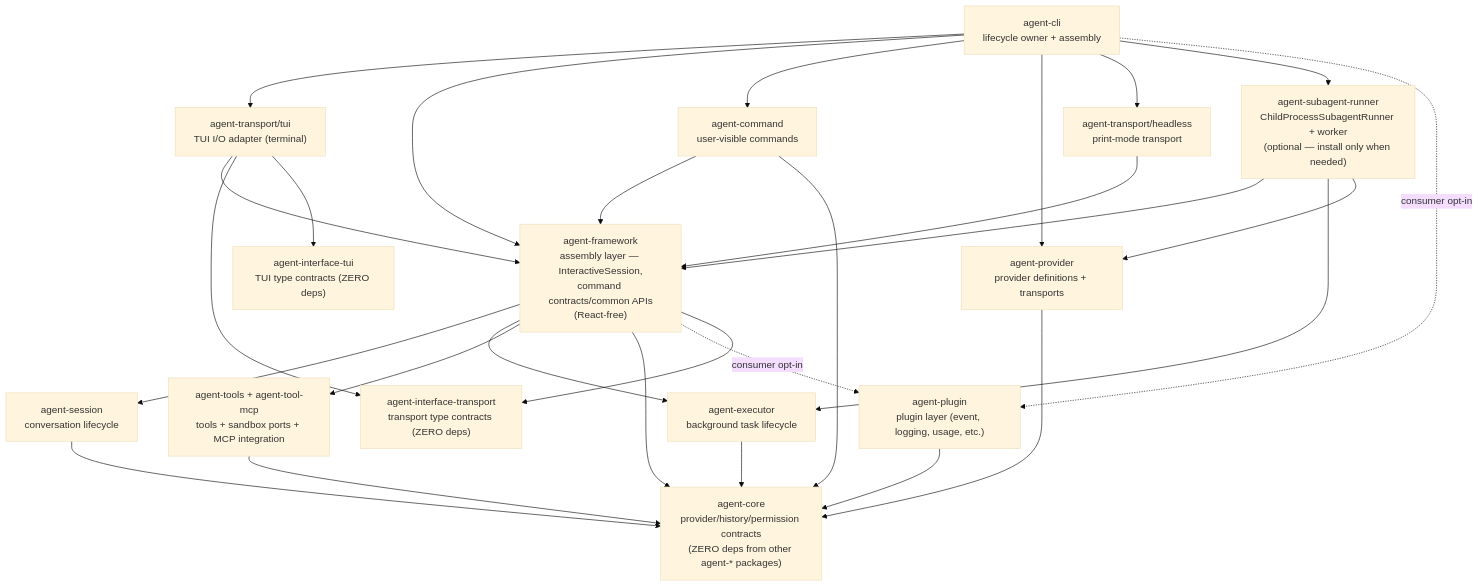
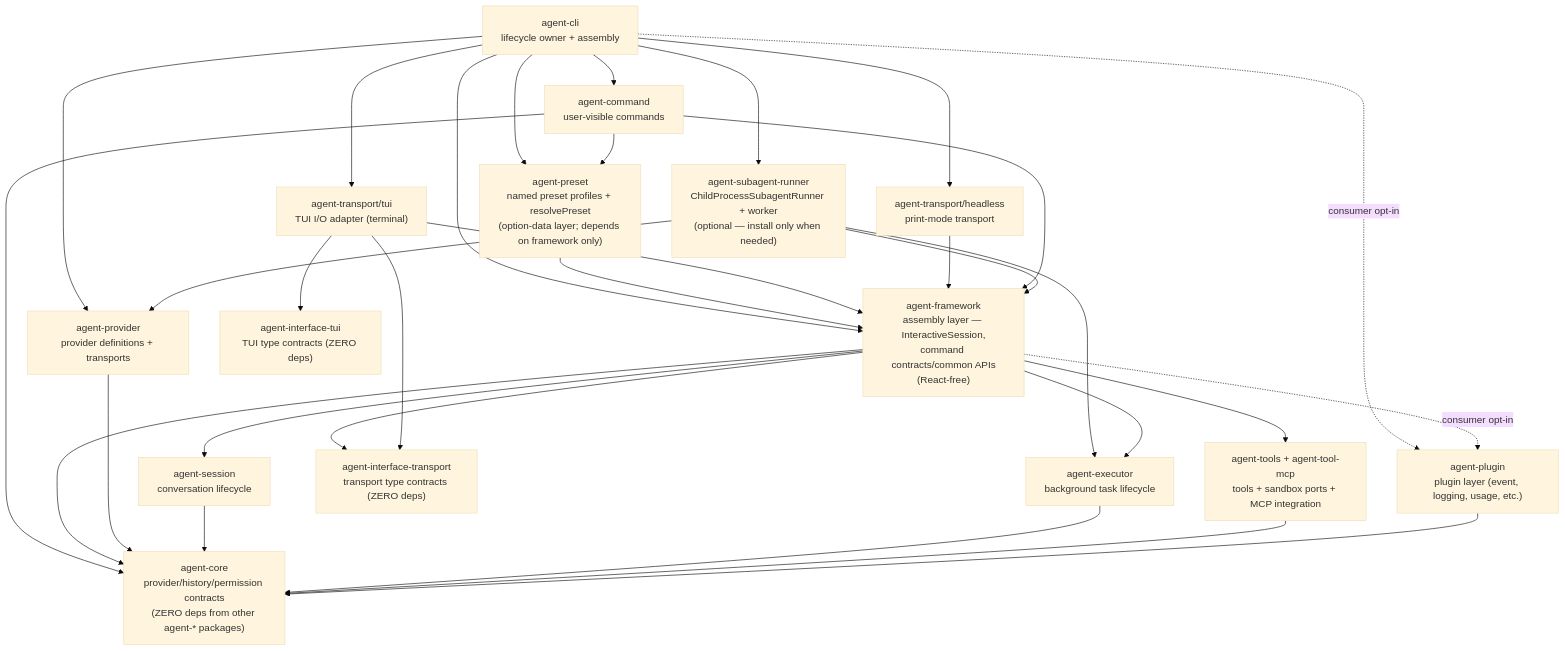
Before and after one commit to woojubb/robota: the first of 2 diagrams in .agents/specs/architecture-map/agent-system.md, drawn with Mermaid (base theme). The commit also changed other lines of this file and 28 other files, not shown here.

````diff
--- a/.agents/specs/architecture-map/agent-system.md
+++ b/.agents/specs/architecture-map/agent-system.md
@@ -9,45 +9,49 @@
 ```mermaid
 flowchart TD
   AgentCLI["agent-cli\nlifecycle owner + assembly"]
   TuiTransport["agent-transport/tui\nTUI I/O adapter (terminal)"]
   Headless["agent-transport/headless\nprint-mode transport"]
   Commands["agent-command\nuser-visible commands"]
   Framework["agent-framework\nassembly layer — InteractiveSession,\ncommand contracts/common APIs\n(React-free)"]
+  Preset["agent-preset\nnamed preset profiles + resolvePreset\n(option-data layer; depends on framework only)"]
   Sessions["agent-session\nconversation lifecycle"]
   Executor["agent-executor\nbackground task lifecycle"]
   Tools["agent-tools + agent-tool-mcp\ntools + sandbox ports + MCP integration"]
   Core["agent-core\nprovider/history/permission contracts\n(ZERO deps from other agent-* packages)"]
   Providers["agent-provider\nprovider definitions + transports"]
   SubagentRunner["agent-subagent-runner\nChildProcessSubagentRunner + worker\n(optional — install only when needed)"]
   Plugins["agent-plugin\nplugin layer (event, logging, usage, etc.)"]
   IfaceTransport["agent-interface-transport\ntransport type contracts (ZERO deps)"]
   IfaceTui["agent-interface-tui\nTUI type contracts (ZERO deps)"]
 
   AgentCLI --> TuiTransport
   AgentCLI --> Framework
   AgentCLI --> Commands
   AgentCLI --> Providers
   AgentCLI --> Headless
   AgentCLI --> SubagentRunner
+  AgentCLI --> Preset
+  Commands --> Preset
+  Preset --> Framework
   TuiTransport --> Framework
   AgentCLI -. "consumer opt-in" .-> Plugins
   Headless --> Framework
   Commands --> Framework
   Commands --> Core
   SubagentRunner --> Framework
   SubagentRunner --> Executor
   SubagentRunner --> Providers
   Framework --> Sessions
   Framework --> Executor
   Framework --> Tools
   Framework --> Core
   Framework -. "consumer opt-in" .-> Plugins
   Providers --> Core
   Sessions --> Core
   Executor --> Core
   Tools --> Core
   Plugins --> Core
   Framework --> IfaceTransport
   TuiTransport --> IfaceTransport
   TuiTransport --> IfaceTui
 ```
````
